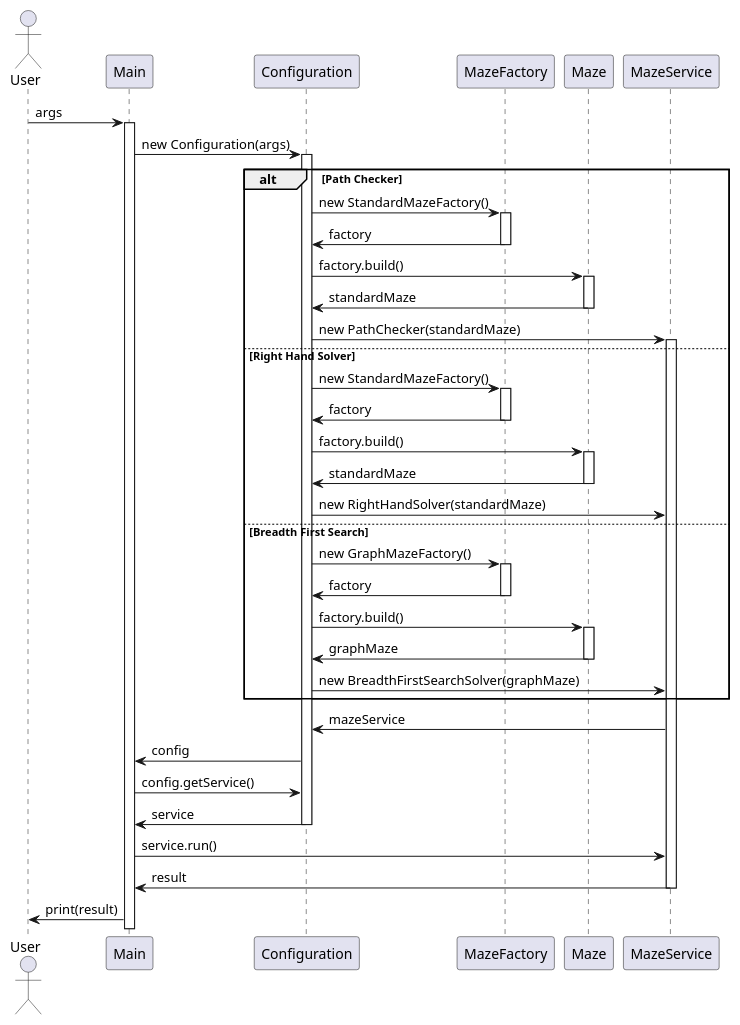
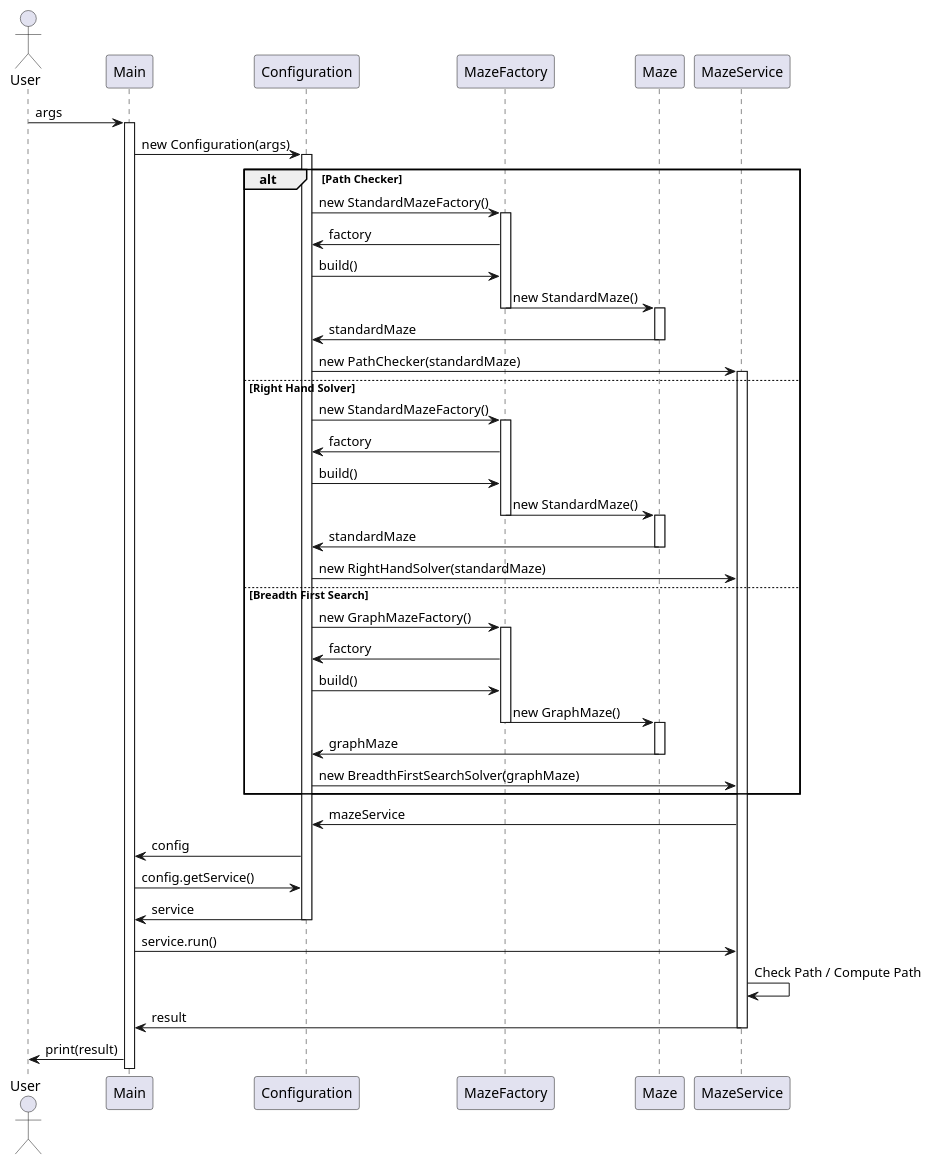
The diagram in src/uml/sequenceDiagram.plantuml (JakieBoi77/maze-runner-assignment), drawn with PlantUML before and after one commit. The commit also changed 6 other files, not shown here.

```diff
--- a/src/uml/sequenceDiagram.plantuml
+++ b/src/uml/sequenceDiagram.plantuml
@@ -1,64 +1,67 @@
 @startuml High Level Sequence Diagram
 
 actor User
 participant Main
 participant Configuration
 participant MazeFactory
 participant Maze
 participant MazeService
 
 
 User -> Main: args
 activate Main
 Main -> Configuration: new Configuration(args)
 activate Configuration
 
 
 
 alt Path Checker
     Configuration -> MazeFactory: new StandardMazeFactory()
     activate MazeFactory
     MazeFactory -> Configuration: factory
+    Configuration -> MazeFactory: build()
+    MazeFactory -> Maze: new StandardMaze()
     deactivate MazeFactory
-    Configuration -> Maze: factory.build()
     activate Maze
     Maze -> Configuration: standardMaze
     deactivate
     Configuration -> MazeService: new PathChecker(standardMaze)
     activate MazeService
 else Right Hand Solver
     Configuration -> MazeFactory: new StandardMazeFactory()
     activate MazeFactory
     MazeFactory -> Configuration: factory
+    Configuration -> MazeFactory: build()
+    MazeFactory -> Maze: new StandardMaze()
     deactivate MazeFactory
-    Configuration -> Maze: factory.build()
     activate Maze
     Maze -> Configuration: standardMaze
     deactivate
     Configuration -> MazeService: new RightHandSolver(standardMaze)
 else Breadth First Search
     Configuration -> MazeFactory: new GraphMazeFactory()
     activate MazeFactory
     MazeFactory -> Configuration: factory
+    Configuration -> MazeFactory: build()
+    MazeFactory -> Maze: new GraphMaze()
     deactivate MazeFactory
-    Configuration -> Maze: factory.build()
     activate Maze
     Maze -> Configuration: graphMaze
     deactivate
     Configuration -> MazeService: new BreadthFirstSearchSolver(graphMaze)
 end
 
 MazeService -> Configuration: mazeService
 
 Configuration -> Main: config
 Main -> Configuration: config.getService()
 Configuration -> Main: service
 deactivate Configuration
 Main -> MazeService: service.run()
-
+MazeService -> MazeService: Check Path / Compute Path
 MazeService -> Main: result
 deactivate MazeService
 Main -> User: print(result)
 
 
 @enduml
```
